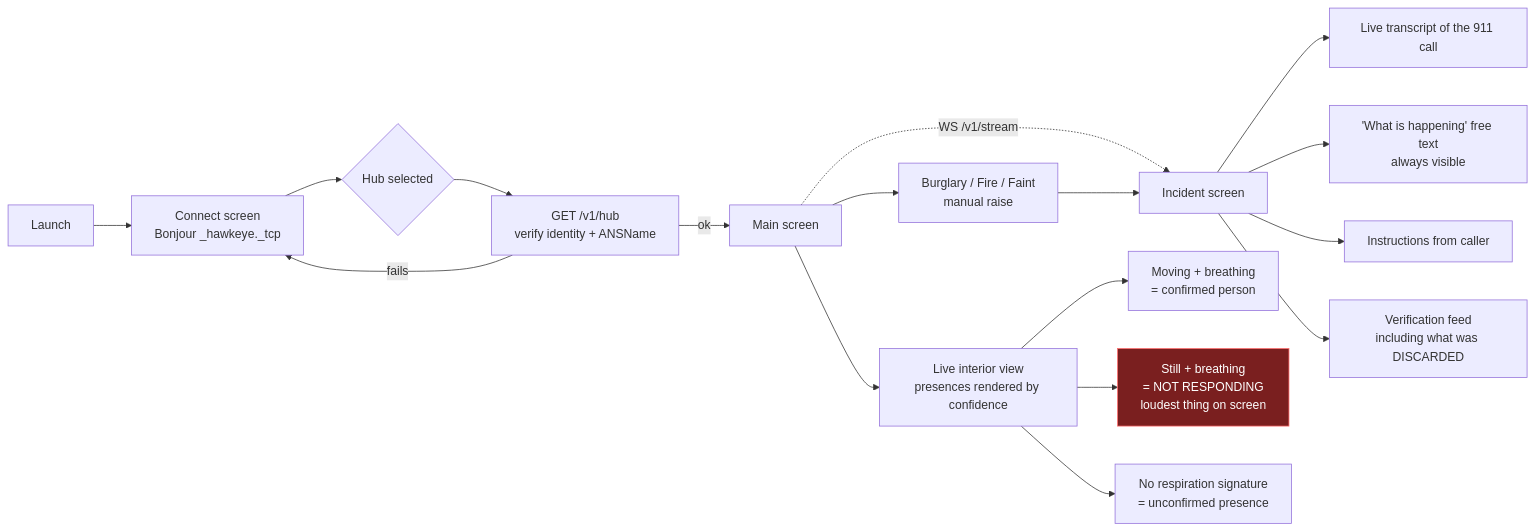
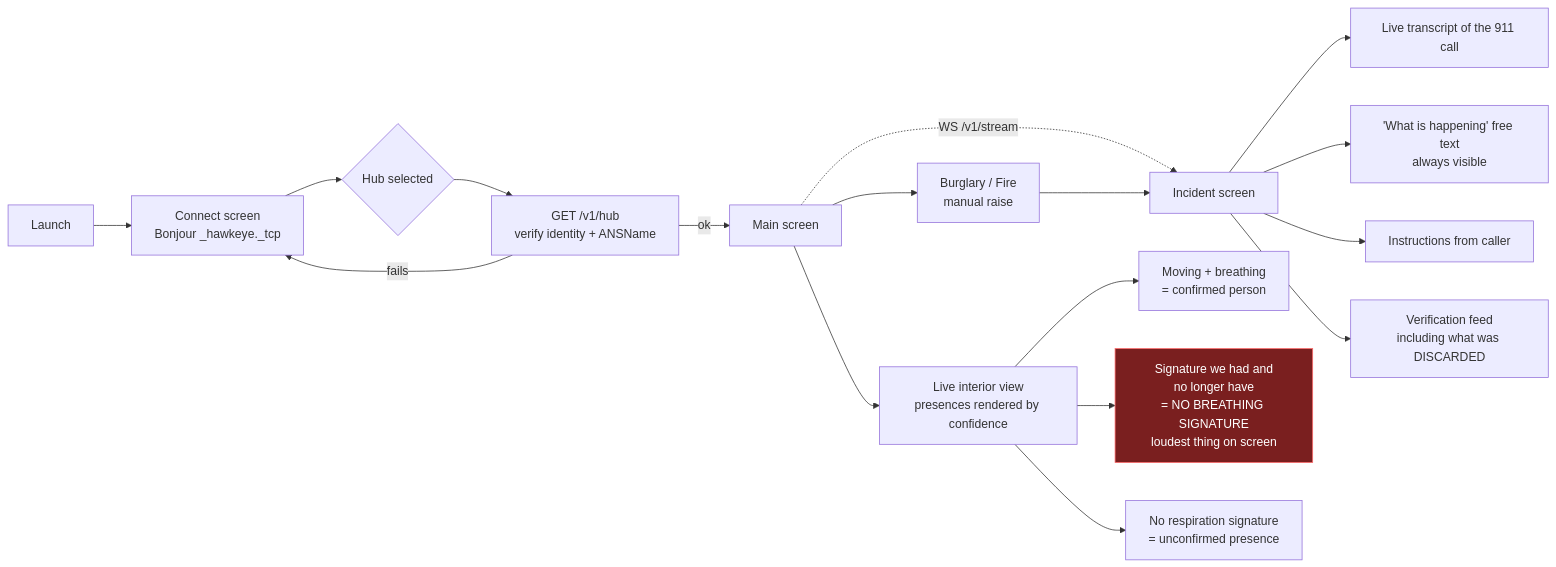
Before and after one commit to cayden-h/Radar: the fourth of 5 diagrams in docs/architecture-diagrams.md, drawn with Mermaid. The commit also changed other lines of this file and 18 other files, not shown here.

````diff
--- a/docs/architecture-diagrams.md
+++ b/docs/architecture-diagrams.md
@@ -124,25 +130,25 @@
 ```mermaid
 flowchart LR
     A["Launch"] --> B["Connect screen<br/>Bonjour _hawkeye._tcp"]
     B --> C{"Hub selected"}
     C --> D["GET /v1/hub<br/>verify identity + ANSName"]
     D -->|fails| B
     D -->|ok| E["Main screen"]
 
     E --> F["Live interior view<br/>presences rendered by confidence"]
-    E --> G["Burglary / Fire / Faint<br/>manual raise"]
+    E --> G["Burglary / Fire<br/>manual raise"]
     E -.->|"WS /v1/stream"| H["Incident screen"]
     G --> H
 
     F --> F1["Moving + breathing<br/>= confirmed person"]
-    F --> F2["Still + breathing<br/>= NOT RESPONDING<br/>loudest thing on screen"]
+    F --> F2["Signature we had and<br/>no longer have<br/>= NO BREATHING SIGNATURE<br/>loudest thing on screen"]
     F --> F3["No respiration signature<br/>= unconfirmed presence"]
 
     H --> I["Live transcript of the 911 call"]
     H --> J["'What is happening' free text<br/>always visible"]
     H --> K["Instructions from caller"]
     H --> L["Verification feed<br/>including what was DISCARDED"]
 
     classDef alarm fill:#7a1f1f,stroke:#ff6b6b,color:#fff
     class F2 alarm
 ```
````
